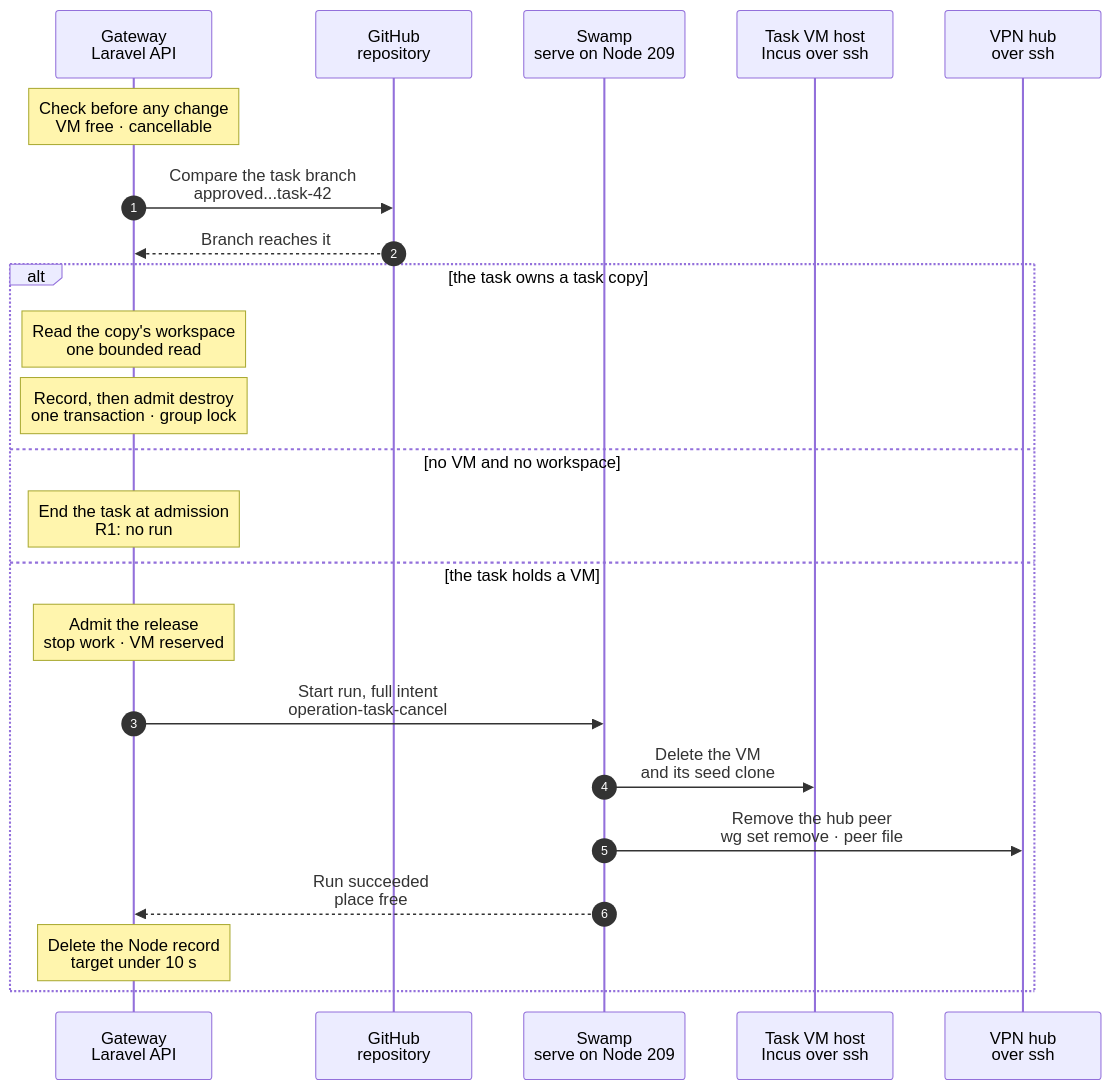
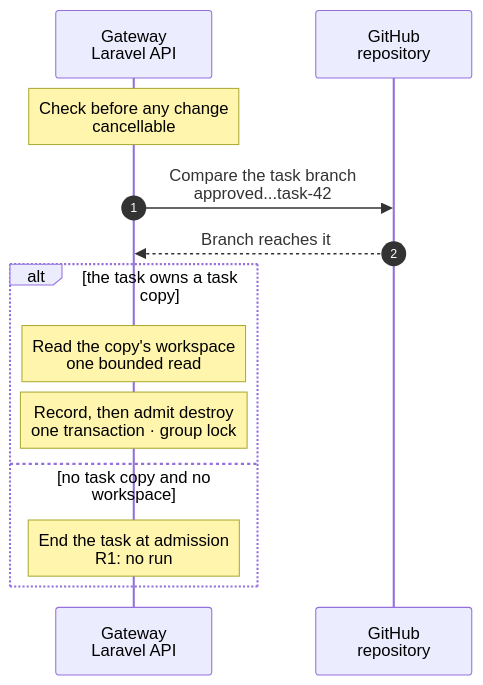
The diagram in docs/cli/task/cancel.mmd (hardimpactdev/orbit), drawn with Mermaid before and after one commit. The commit also changed 83 other files, not shown here.

First line of the commit message:
refactor(tasks): remove the task VM lifecycle leftovers of the Pi task loop (step 5, S-Pi c)

```diff
--- a/docs/cli/task/cancel.mmd
+++ b/docs/cli/task/cancel.mmd
@@ -1,82 +1,57 @@
 sequenceDiagram
-  %% Target design (agreed with Nick, 2026-11-07): a task VM and its identity are disposable; the release frees its place. Orchestrator 2026-11-08: keeping approved work is a precondition of the cancel, not a step of it.
+  %% Target design: orchestrator 2026-11-08: keeping approved work is a precondition of the cancel, not a step of it. 2026-11-15: the task VMs and their release are removed (docs/reference/old-paths.md); a cancel starts no run.
   %% Orchestrator 2026-11-13: a task copy ends through its Instance destroy. Orchestrator 2026-11-14: work that only the copy holds, or a copy that cannot be read, refuses the cancel unless the caller discards it; the cancel is recorded under the group lock, in one transaction with the destroy's admission, after the destroy's reads. A commit a publish pushed counts as on origin.
   %% status: draft
   %% command: task:cancel
   %% kind: tasks.cancel
   autonumber
   %% lane GW icon=gateway pill=intent tone=blue
   %% lane GH icon=server pill=target tone=purple
-  %% lane SW icon=workflow pill=executes tone=green
-  %% lane H icon=server pill=target tone=amber
-  %% lane HUB icon=server pill=target tone=purple
   participant GW as Gateway<br/>Laravel API
   participant GH as GitHub<br/>repository
-  participant SW as Swamp<br/>serve on Node 209
-  participant H as Task VM host<br/>Incus over ssh
-  participant HUB as VPN hub<br/>over ssh
-  Note over GW: Check before any change<br/>VM free · cancellable
+  Note over GW: Check before any change<br/>cancellable
   %%> Requirements:
-  %%> - no Operation is open on the group's task VM, such as a resume or an earlier release; otherwise HTTP 409 `operation.target_busy`, naming it
   %%> - the group is cancellable; otherwise `tasks.not_cancellable`
   %%> - every refusal here and in the next step comes before the cancel stops running work, so a refused cancel changes nothing
   GW->>GH: Compare the task branch<br/>approved...task-42
   %%> What it does:
   %%> - resolves the group's latest approved commit: the latest commit Orbit reviewed (ADR 0203), or else the commit of the latest approval
   %%> - reads origin's task branch head and compares it with that commit, with a `contents: read` token
   %%> - only when GitHub answers that the branch does not exist (404) and the group's pull request merged does that pull request's head stand in; the pull request is read with a `pull_requests: read` token
-  %%> - skipped when the group has no approval, or holds no workspace and no task VM
+  %%> - skipped when the group has no approval, or holds no workspace
   GH-->>GW: Branch reaches it
   %%> Result:
-  %%> - otherwise the cancel refuses with HTTP 409 `tasks.approved_work_unpublished`, names the commit and the branch, and admits nothing: run `task:publish` first, which resumes a parked VM
+  %%> - otherwise the cancel refuses with HTTP 409 `tasks.approved_work_unpublished`, names the commit and the branch, and admits nothing: run `task:publish` first
   %%> - every other outcome refuses the same way: a GitHub read that fails, a branch that is gone without a merged pull request
   alt the task owns a task copy
     Note over GW: Read the copy's workspace<br/>one bounded read
     %%> What it does:
     %%> - one SSH call to the copy's Node, bounded at 4 s, reads what the copy holds beyond its seed: commits that origin lacks, uncommitted, untracked and stashed files
     %%> - a copy never fetches, so the commits that the group's publishes pushed are named to the read as on origin, with their history
     %%> - a stopped or unreachable copy reads `unknown` with its reason
     %%> Result:
     %%> - unless the caller discards the work, a copy that holds work (`dirty`: unpushed commits, uncommitted or untracked files, stashes) refuses the cancel with HTTP 409 `tasks.copy_unpublished_work`; its details carry the counts and the head
     %%> - unless the caller discards it, a copy that cannot be read (`unknown`) refuses with HTTP 409 `tasks.copy_workspace_unknown`, naming the reason
     %%> - a `clean` copy goes on; both refusals come before the cancel stops running work, so they change nothing
     Note over GW: Record, then admit destroy<br/>one transaction · group lock
     %%> Requirements:
     %%> - no Operation holds the copy, such as its create or an earlier destroy; otherwise HTTP 409 `operation.target_busy`, naming it
     %%> - after the group's running work was asked to stop, no Operation still holds the group, such as a timed-out one whose run nothing has proven ended; otherwise HTTP 409 `operation.target_busy`, naming it, and no destroy is admitted
     %%> What it does:
     %%> - the destroy's checks and the Schedule stop come first, outside any transaction: its replication slot check over SSH, then the stop of the copy's Schedules (`schedule.destroy` Operations and their removal in Swamp)
     %%> - then, in the destroy's one transaction, records the cancel under the group's lock key first and admits the normal `instance.destroy` of the copy with force
     %%> - an Operation that takes the group lock first makes the record refuse with HTTP 409 `operation.target_busy`; the transaction rolls back, so a refused cancel never admits the destroy; the copy's Schedules stay stopped
     %%> Result:
     %%> - the cancel is recorded as succeeded at once (R1); its result names the destroy Operation and holds the workspace read
     %%> - the destroy runs as every Instance destroy does; when it succeeds, a task that still runs and its open subtasks are `cancelled`, and the task lets go of the copy; a `failed` task stays `failed`
     %%> - when it fails, the task runs on and keeps the copy; the next cancel admits the destroy again; a stopped or half-removed copy may read `unknown`, so that cancel may need the discard
-  else no VM and no workspace
+  else no task copy and no workspace
     Note over GW: End the task at admission<br/>R1: no run
     %%> When:
-    %%> - the task holds no task VM and no workspace, such as a `todo` task or one that waits for a place; its waiting Operation is cancelled first
+    %%> - the task holds no workspace, such as a `todo` task or one whose task VM was removed; its open Operations are cancelled first
+    %%> - a task that still holds a workspace that is no task copy (a task VM workspace) refuses with HTTP 409 `tasks.workspace_ownership_refused`: nothing can release it any more
     %%> Result:
     %%> - in the admission transaction, the task and its open subtasks are `cancelled` and the Operation is recorded as succeeded; no Swamp run starts (R1)
+    %%> - an old `task_vms` row of the task stays as it is (history until the table goes)
     %%> - the HTTP 202 already carries the succeeded Operation, so `task:show` reads `cancelled` from then on
-  else the task holds a VM
-    Note over GW: Admit the release<br/>stop work · VM reserved
-    %%> What it does:
-    %%> - cancellation takes precedence over the group's capacity wait or running task; cancel that task before acquiring its group lock for cleanup
-    %%> - stops the group's running work, then, in one transaction, locks and re-reads the VM, refuses if an Operation opened on it meanwhile, and marks it `releasing`, so no later resume starts it
-    %%> Result:
-    %%> - the run carries only the release; it pushes nothing and never starts a parked VM
-    %%> - a start that Swamp refuses fails the cancel and marks the VM `failed`, so the reservation goes and another cancel reserves it again
-    GW->>SW: Start run, full intent<br/>operation-task-cancel
-    SW->>H: Delete the VM<br/>and its seed clone
-    %%> What it does:
-    %%> - one host phase: `incus delete --force`, the seed clone and the identity volume; a few seconds
-    SW->>HUB: Remove the hub peer<br/>wg set remove · peer file
-    %%> Runs beside the step before it: Swamp starts both at once.
-    %%> What it does:
-    %%> - the VM's peer leaves the WireGuard hub; the Pi token goes with the VM. There is no model key to revoke: the fixed key stays with the guard, for every other VM
-    SW-->>GW: Run succeeded<br/>place free
-    Note over GW: Delete the Node record<br/>target under 10 s
-    %%> Result:
-    %%> - the Node, its role and its Process go; the place is free for the next task start
   end
```
